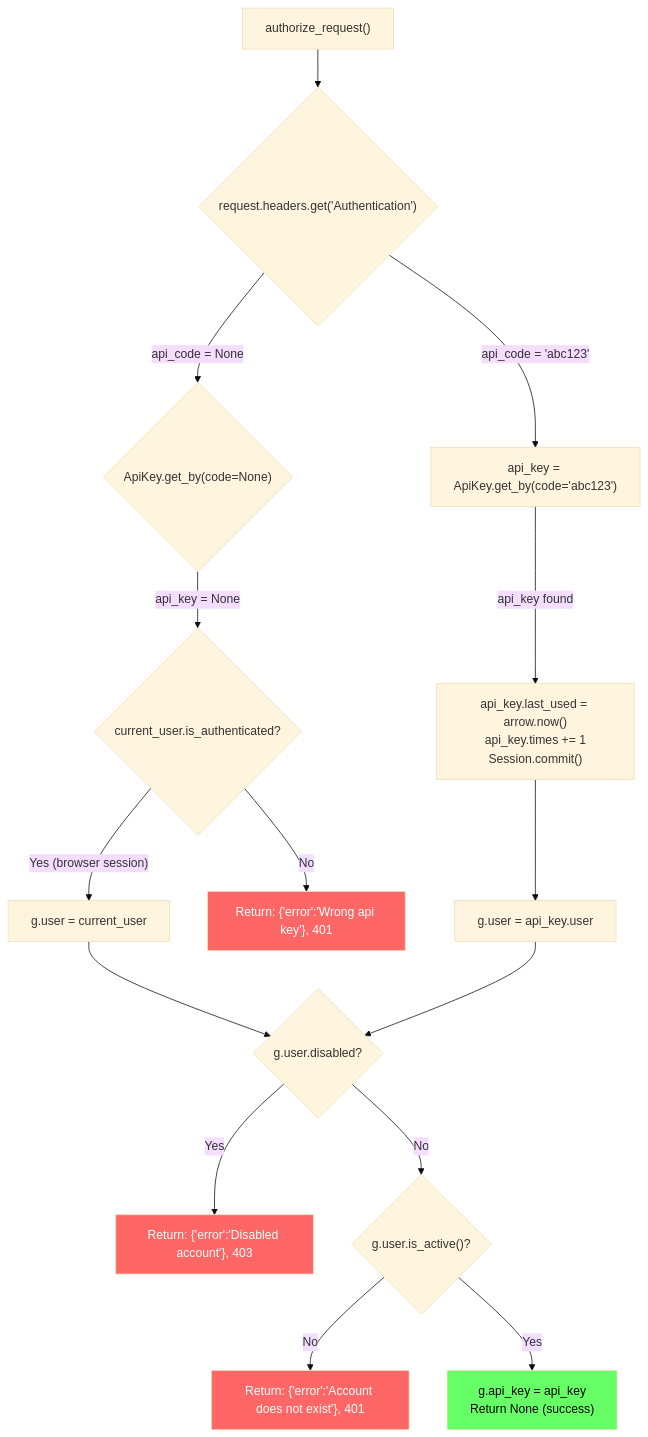
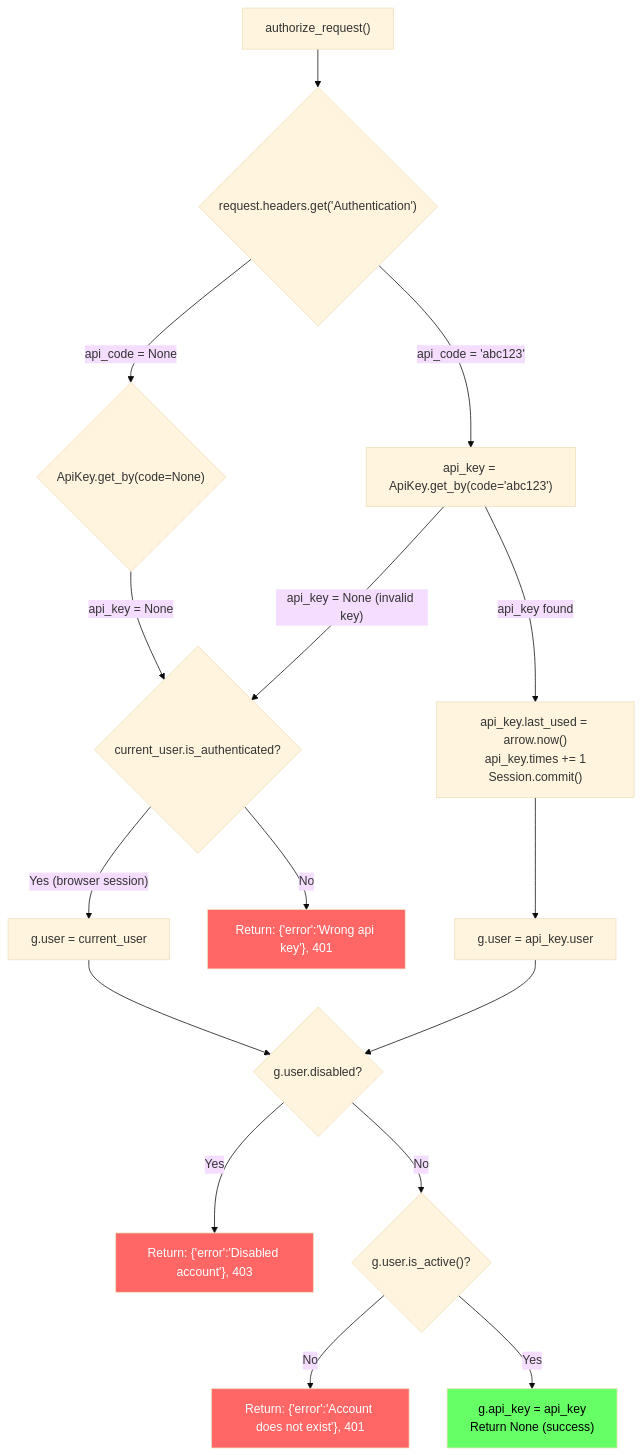
One commit to blitzy-research/app changed the first of 5 diagrams in blitzy/documentation/app_2cd6ee777f8c.md. Above: the diagram before and after it, drawn with Mermaid (base theme). The commit also changed other lines of this file, not shown here.

````diff
--- a/blitzy/documentation/app_2cd6ee777f8c.md
+++ b/blitzy/documentation/app_2cd6ee777f8c.md
@@ -95,22 +95,23 @@
 ```mermaid
 flowchart TD
     A["authorize_request()"] --> B{"request.headers.get('Authentication')"}
     B -->|"api_code = None"| C{"ApiKey.get_by(code=None)"}
     B -->|"api_code = 'abc123'"| D["api_key = ApiKey.get_by(code='abc123')"]
     C -->|"api_key = None"| E{"current_user.is_authenticated?"}
+    D -->|"api_key = None (invalid key)"| E
     E -->|"Yes (browser session)"| F["g.user = current_user"]
     E -->|"No"| G["Return: {'error':'Wrong api key'}, 401"]
     D -->|"api_key found"| H["api_key.last_used = arrow.now()\napi_key.times += 1\nSession.commit()"]
     H --> I["g.user = api_key.user"]
     F --> J{"g.user.disabled?"}
     I --> J
     J -->|"Yes"| K["Return: {'error':'Disabled account'}, 403"]
     J -->|"No"| L{"g.user.is_active()?"}
     L -->|"No"| M["Return: {'error':'Account does not exist'}, 401"]
     L -->|"Yes"| N["g.api_key = api_key\nReturn None (success)"]
 
     style G fill:#f66,color:#fff
     style K fill:#f66,color:#fff
     style M fill:#f66,color:#fff
     style N fill:#6f6,color:#000
 ```
````
